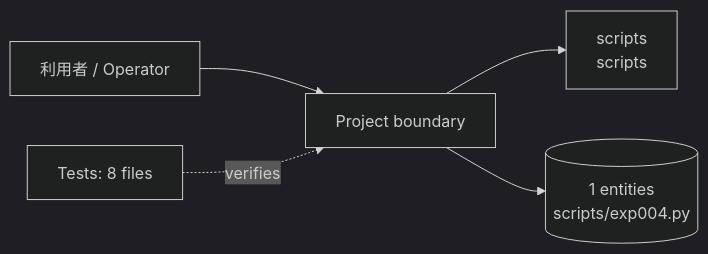
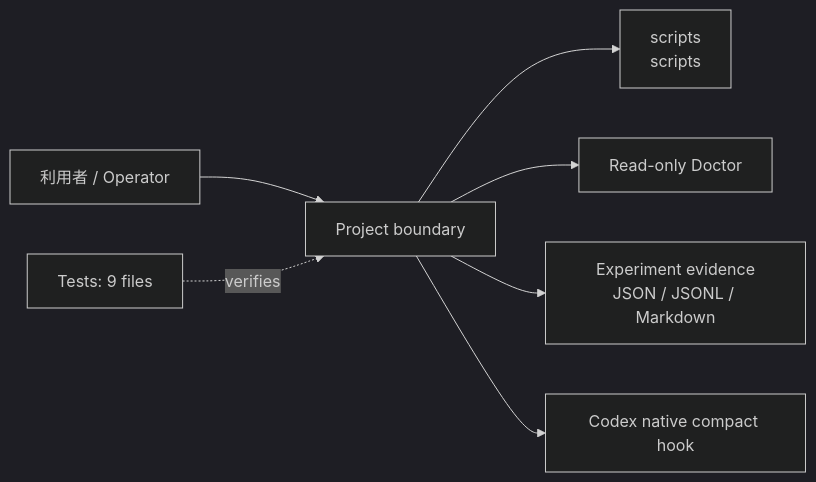
Before and after one commit to House-lovers7/agent-session-control-stack: the first of 2 diagrams in docs/engineering/02_architecture.md, drawn with Mermaid (dark theme). The commit also changed other lines of this file and 28 other files, not shown here.

````diff
--- a/docs/engineering/02_architecture.md
+++ b/docs/engineering/02_architecture.md
@@ -9,8 +9,10 @@
 ```mermaid
 flowchart LR
     User["利用者 / Operator"]
     User --> System["Project boundary"]
     System --> C1_scripts["scripts\nscripts"]
-    System --> Data[("1 entities\nscripts/exp004.py")]
-    Tests["Tests: 8 files"] -. verifies .-> System
+    System --> Doctor["Read-only Doctor"]
+    System --> Evidence["Experiment evidence\nJSON / JSONL / Markdown"]
+    System --> Codex["Codex native compact hook"]
+    Tests["Tests: 9 files"] -. verifies .-> System
 ```
````
